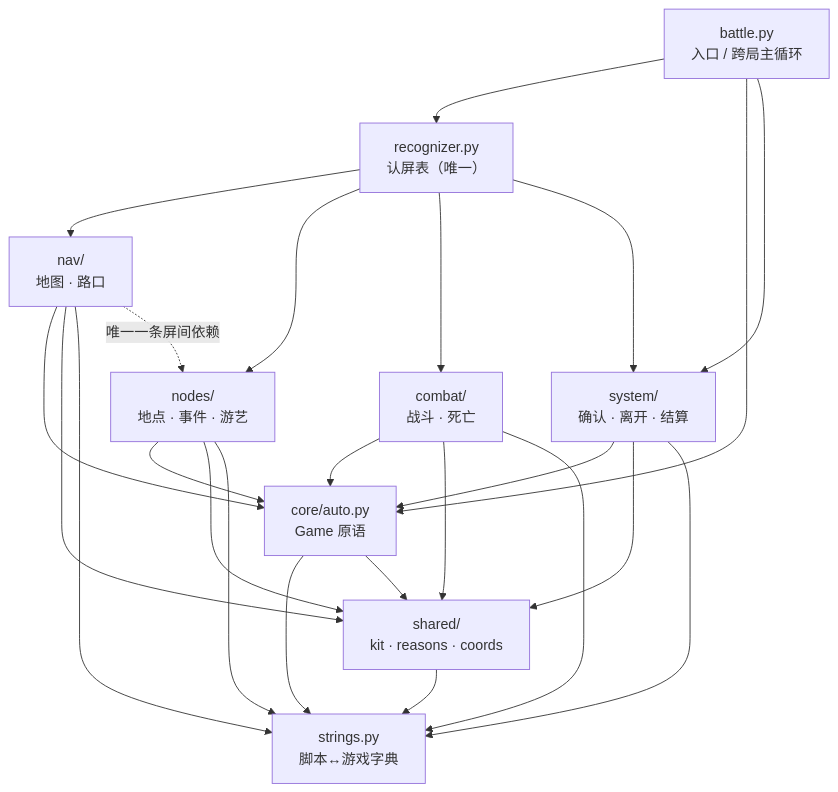
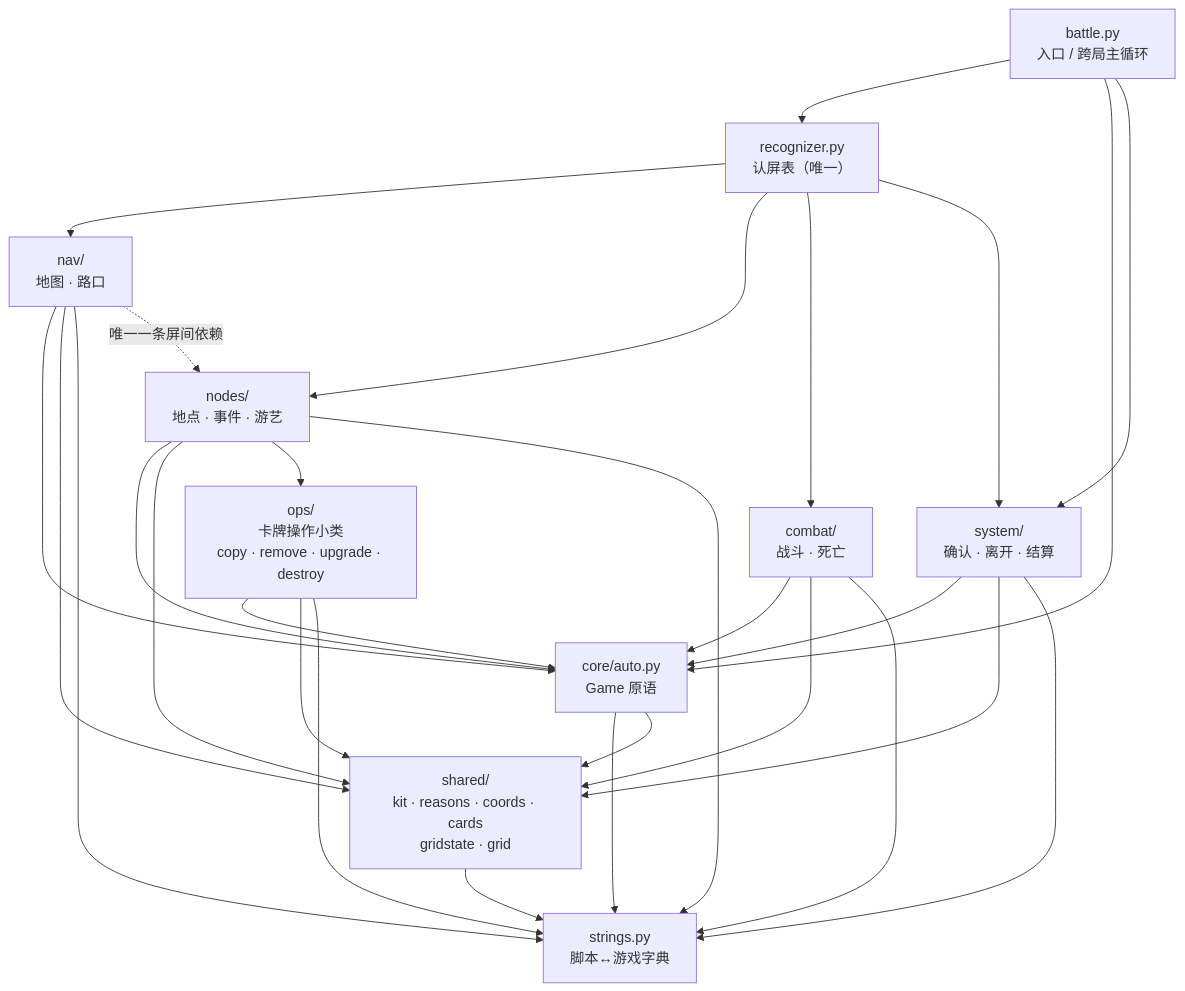
The first of 2 diagrams in docs/zh_cn/架构与流程图.md (yerh11/MaaHZSJ), drawn with Mermaid before and after one commit. The commit also changed other lines of this file and 51 other files, not shown here.

````diff
--- a/docs/zh_cn/架构与流程图.md
+++ b/docs/zh_cn/架构与流程图.md
@@ -47,42 +63,49 @@
 ```mermaid
 graph TD
     battle["battle.py<br/>入口 / 跨局主循环"]
     rec["recognizer.py<br/>认屏表（唯一）"]
     strs["strings.py<br/>脚本↔游戏字典"]
 
     core["core/auto.py<br/>Game 原语"]
-    shared["shared/<br/>kit · reasons · coords"]
+    shared["shared/<br/>kit · reasons · coords · cards<br/>gridstate · grid"]
+
+    ops["ops/<br/>卡牌操作小类<br/>copy · remove · upgrade · destroy"]
 
     nav["nav/<br/>地图 · 路口"]
     nodes["nodes/<br/>地点 · 事件 · 游艺"]
     combat["combat/<br/>战斗 · 死亡"]
     system["system/<br/>确认 · 离开 · 结算"]
 
     battle --> rec
     battle --> core
     battle --> system
 
     rec --> nav
     rec --> nodes
     rec --> combat
     rec --> system
 
     nav --> core
     nav --> shared
     nodes --> core
     nodes --> shared
+    nodes --> ops
     combat --> core
     combat --> shared
     system --> core
     system --> shared
+
+    ops --> core
+    ops --> shared
 
     core --> strs
     shared --> strs
     core --> shared
     nav --> strs
     nodes --> strs
     combat --> strs
     system --> strs
+    ops --> strs
 
     nav -. "唯一一条屏间依赖" .-> nodes
 ```
````
